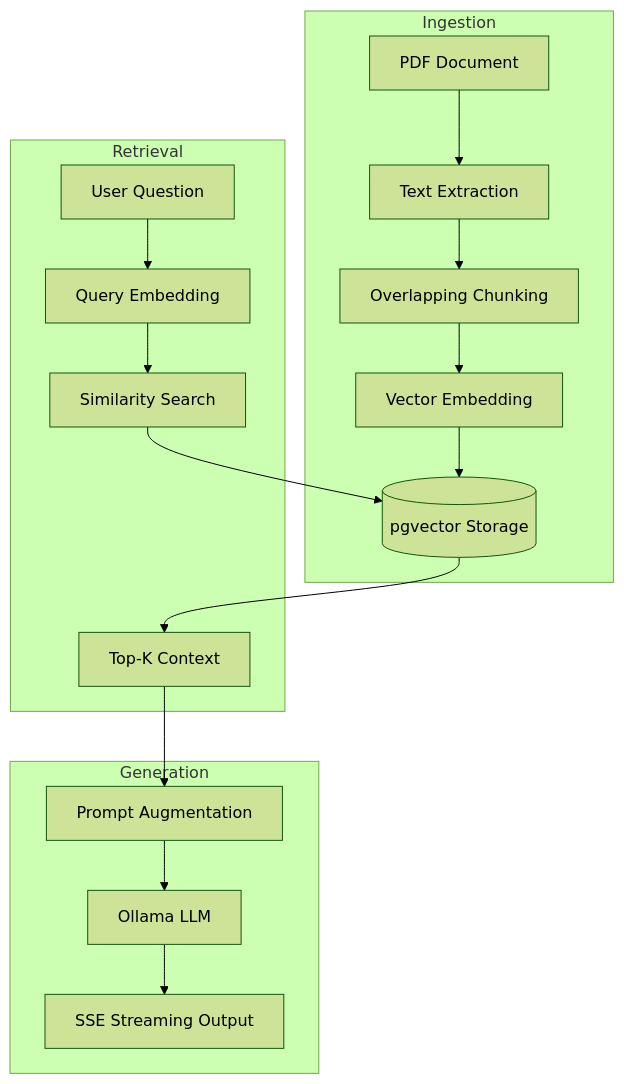
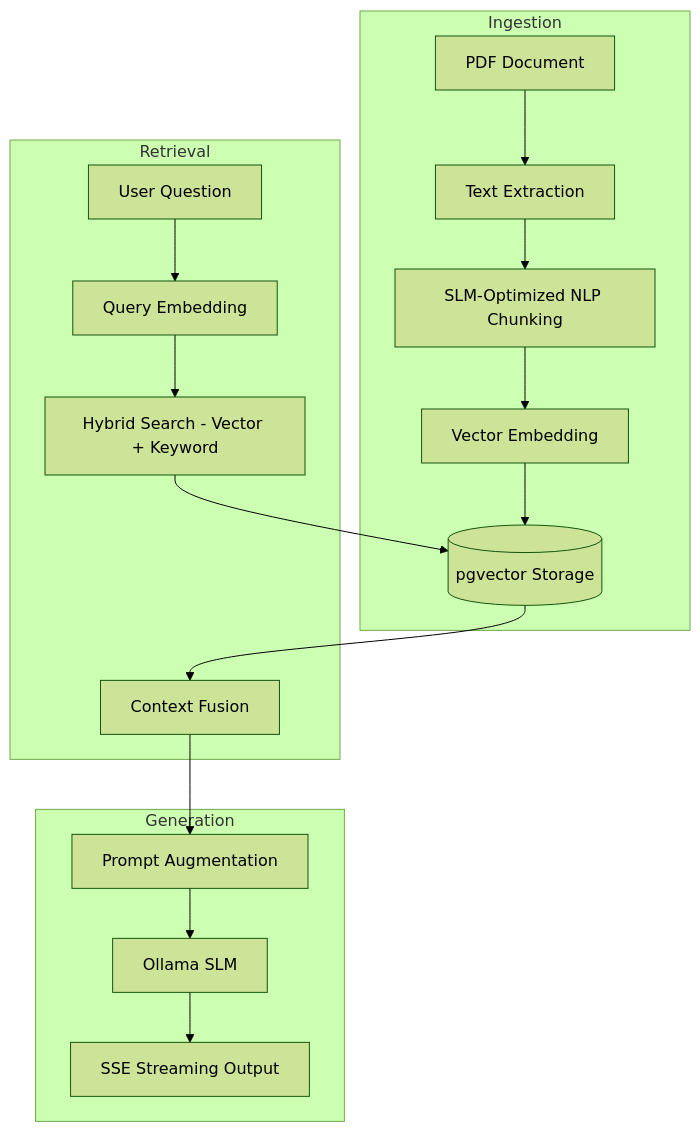
Before and after one commit to ShivamRaj9188/CampusGPT: the diagram in README.md, drawn with Mermaid (forest theme). The commit also changed other lines of this file and 3 other files, not shown here.

````diff
--- a/README.md
+++ b/README.md
@@ -30,22 +19,22 @@
 ```mermaid
 graph TD
     subgraph Ingestion
     A[PDF Document] --> B[Text Extraction]
-    B --> C[Overlapping Chunking]
+    B --> C[SLM-Optimized NLP Chunking]
     C --> D[Vector Embedding]
     D --> E[(pgvector Storage)]
     end
 
     subgraph Retrieval
     F[User Question] --> G[Query Embedding]
-    G --> H[Similarity Search]
+    G --> H[Hybrid Search - Vector + Keyword]
     H --> E
-    E --> I[Top-K Context]
+    E --> I[Context Fusion]
     end
 
     subgraph Generation
     I --> J[Prompt Augmentation]
-    J --> K[Ollama LLM]
+    J --> K[Ollama SLM]
     K --> L[SSE Streaming Output]
     end
 ```
````
